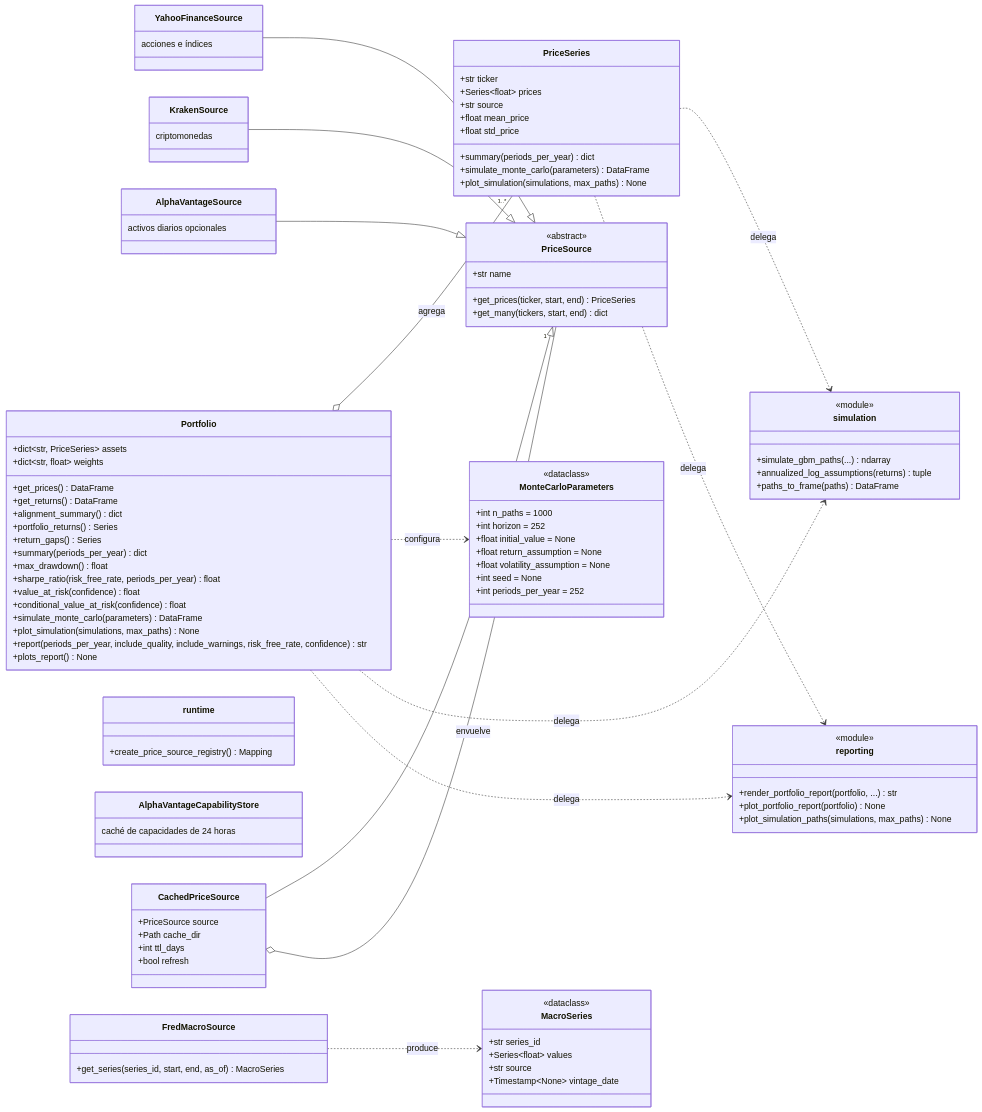
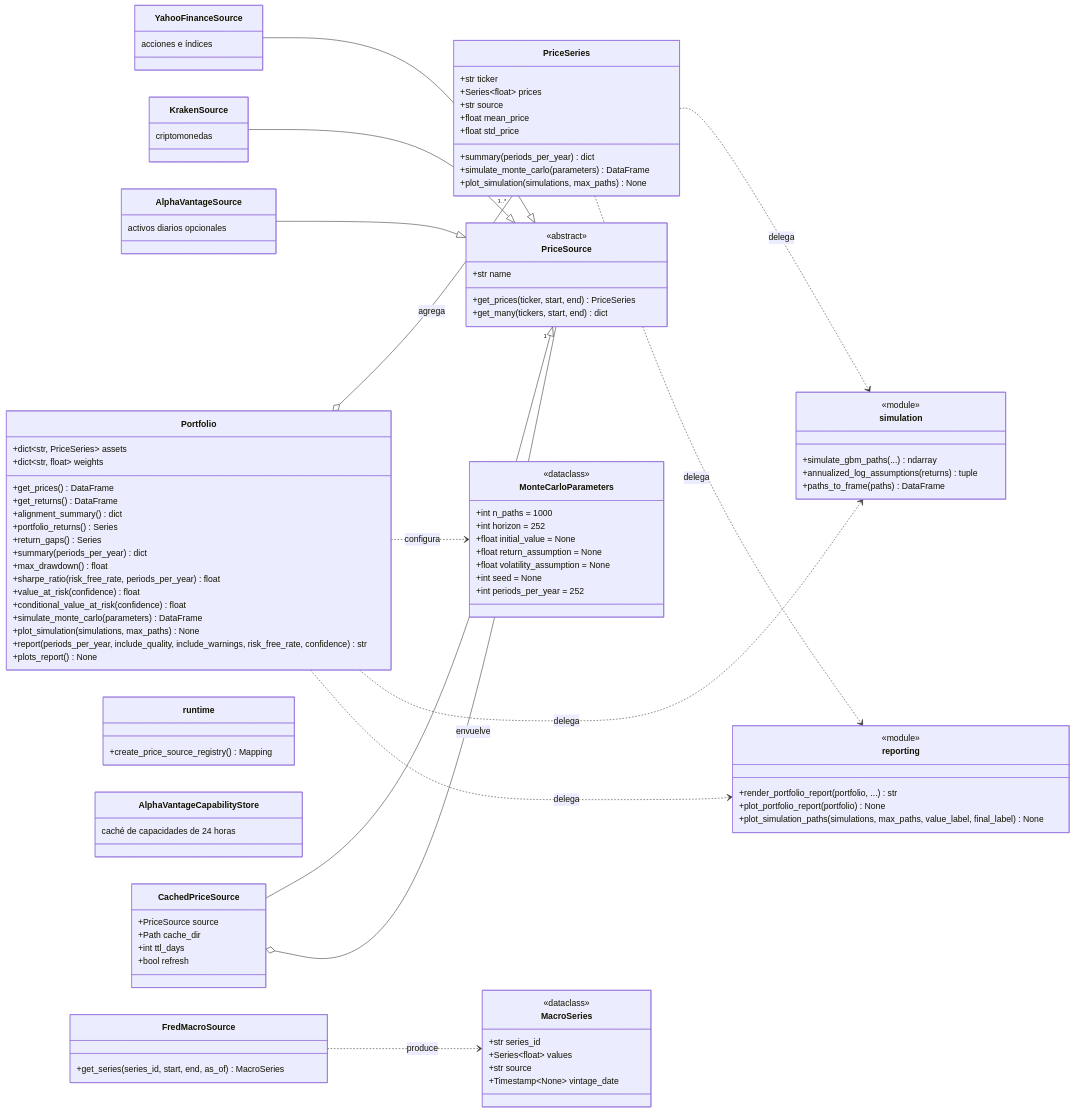
Before and after one commit to alejandroperezpujante/quantfolio: the first of 2 diagrams in docs/architecture.md, drawn with Mermaid. The commit also changed 1 other file, not shown here.

Commit message:
docs: qualify the shared-message claim and plot helper signature

```diff
--- a/docs/architecture.md
+++ b/docs/architecture.md
@@ -109,7 +109,7 @@
         <<module>>
         +render_portfolio_report(portfolio, ...) str
         +plot_portfolio_report(portfolio) None
-        +plot_simulation_paths(simulations, max_paths) None
+        +plot_simulation_paths(simulations, max_paths, value_label, final_label) None
     }
 
     Portfolio o-- "1..*" PriceSeries : agrega
```
